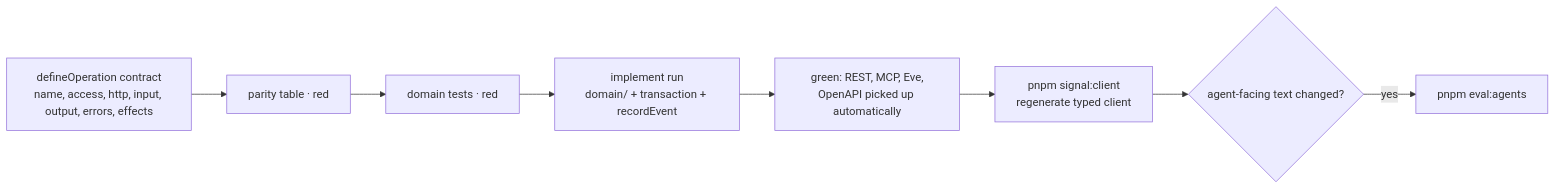
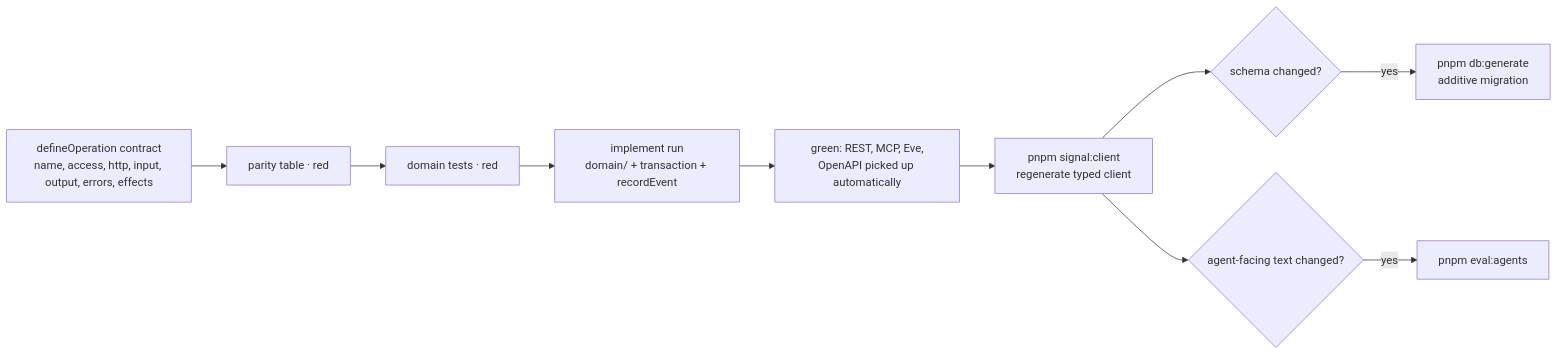
One commit to gaboesquivel/flow-signal changed the second of 5 diagrams in docs/harness/dev-loop.md. Above: the diagram before and after it, drawn with Mermaid. The commit also changed other lines of this file and 7 other files, not shown here.

First line of the commit message:
docs(harness): refresh diagrams for specs 006, 007, and 010 (#12)

````diff
--- a/docs/harness/dev-loop.md
+++ b/docs/harness/dev-loop.md
@@ -26,10 +26,12 @@
 ```mermaid
 flowchart LR
   A[defineOperation contract<br/>name, access, http, input, output, errors, effects] --> B[parity table · red]
   B --> C[domain tests · red]
   C --> D[implement run<br/>domain/ + transaction + recordEvent]
   D --> E[green: REST, MCP, Eve,<br/>OpenAPI picked up automatically]
   E --> F[pnpm signal:client<br/>regenerate typed client]
+  F --> S{schema changed?}
+  S -->|yes| MG[pnpm db:generate<br/>additive migration]
   F --> G{agent-facing text changed?}
   G -->|yes| H[pnpm eval:agents]
 ```
````
